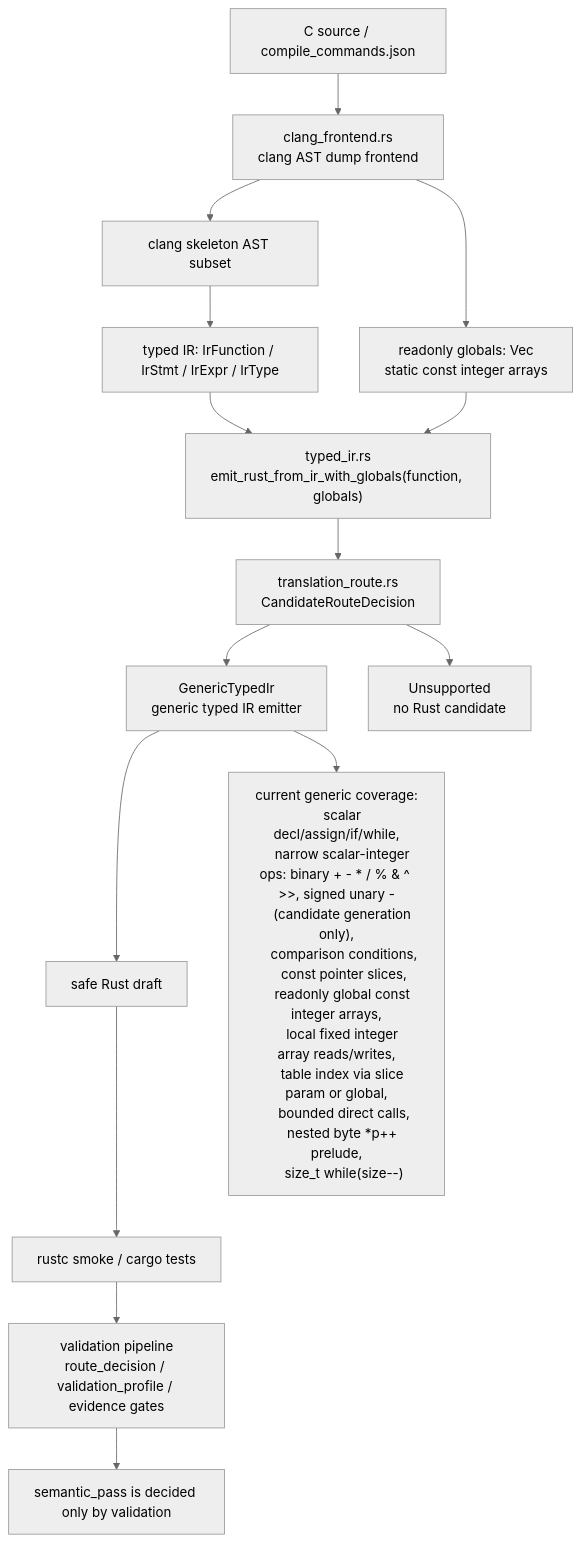
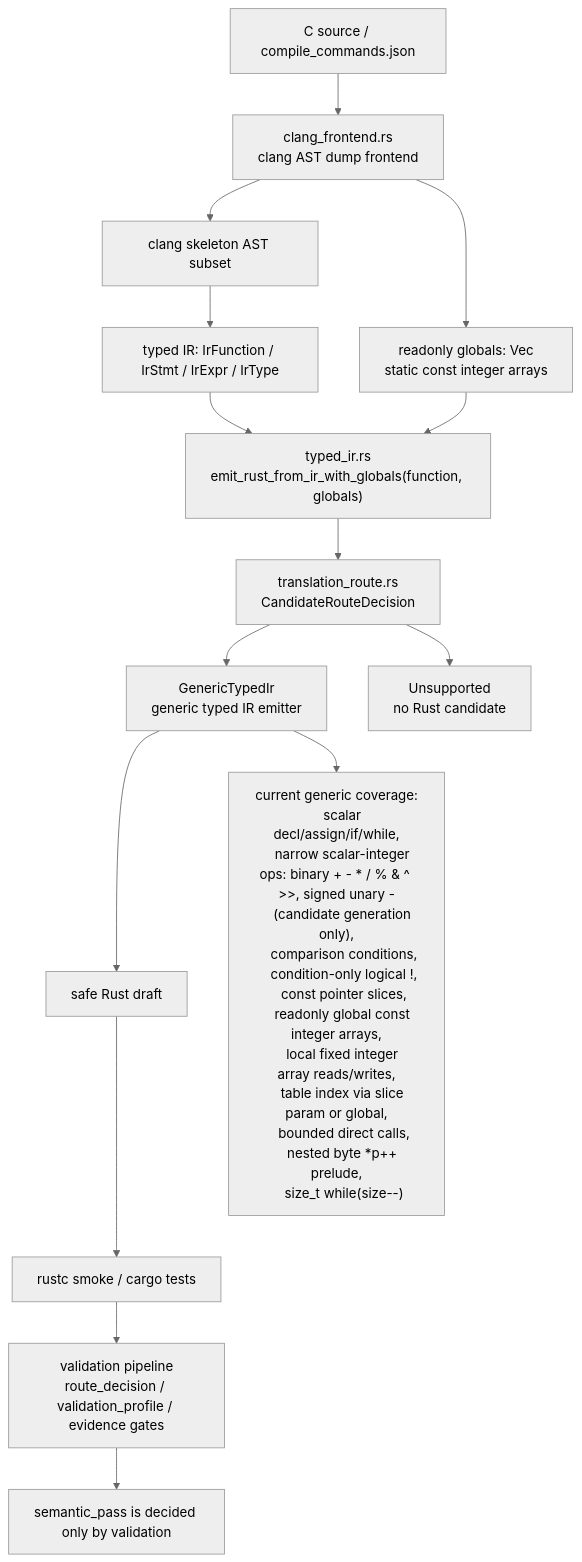
The diagram in docs/c2rust-migration-agent/core-translation-architecture.en.md (guoqihan342-svg/c-to-rust), drawn with Mermaid (neutral theme) before and after one commit. The commit also changed other lines of this file and 9 other files, not shown here.

Commit message:
Support condition logical not typed IR lowering

````diff
--- a/docs/c2rust-migration-agent/core-translation-architecture.en.md
+++ b/docs/c2rust-migration-agent/core-translation-architecture.en.md
@@ -7,29 +7,30 @@
 ```mermaid
 flowchart TD
     C["C source / compile_commands.json"] --> Clang["clang_frontend.rs<br/>clang AST dump frontend"]
     Clang --> Skeleton["clang skeleton AST subset"]
     Skeleton --> IR["typed IR: IrFunction / IrStmt / IrExpr / IrType"]
     Clang --> Globals["readonly globals: Vec<IrGlobal><br/>static const integer arrays"]
     IR --> EmitCtx["typed_ir.rs<br/>emit_rust_from_ir_with_globals(function, globals)"]
     Globals --> EmitCtx
     EmitCtx --> RouteMeta["translation_route.rs<br/>CandidateRouteDecision"]
     RouteMeta --> Generic["GenericTypedIr<br/>generic typed IR emitter"]
     RouteMeta --> Unsupported["Unsupported<br/>no Rust candidate"]
     Generic --> Rust["safe Rust draft"]
     Rust --> Rustc["rustc smoke / cargo tests"]
     Rustc --> Validation["validation pipeline<br/>route_decision / validation_profile / evidence gates"]
 
     Generic --> Supported["current generic coverage:
     scalar decl/assign/if/while,
     narrow scalar-integer ops: binary + - * / % & ^ >>, signed unary -
     (candidate generation only),
     comparison conditions,
+    condition-only logical !,
     const pointer slices,
     readonly global const integer arrays,
     local fixed integer array reads/writes,
     table index via slice param or global,
     bounded direct calls,
     nested byte *p++ prelude,
     size_t while(size--)"]
     Validation --> Semantic["semantic_pass is decided only by validation"]
 ```
````
